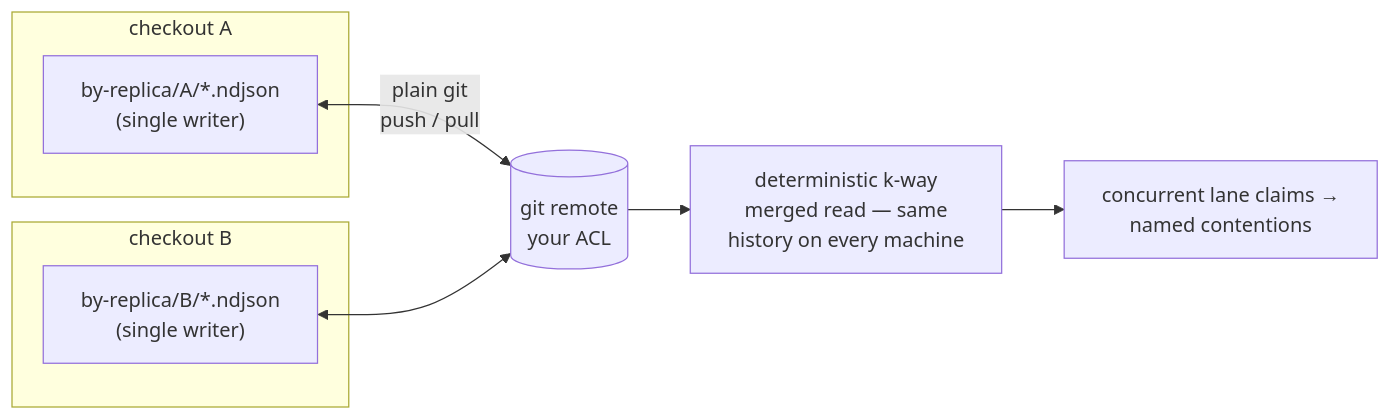
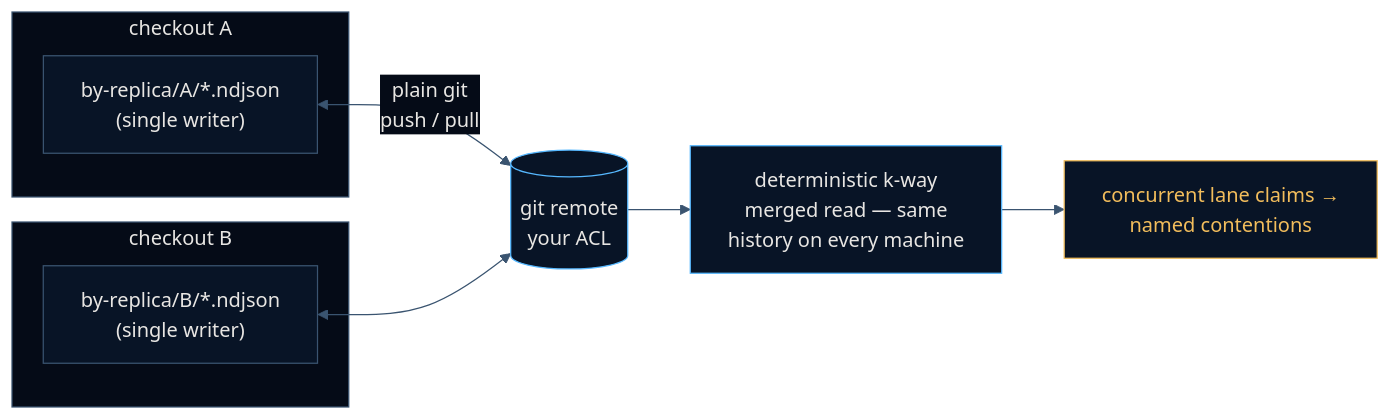
One commit to frdyx/maddu changed the third of 6 diagrams in README.md. Above: the diagram before and after it, drawn with Mermaid. The commit also changed other lines of this file, not shown here.

First line of the commit message:
docs(readme): navy-noir brand tokens on the use-case diagrams

````diff
--- a/README.md
+++ b/README.md
@@ -199,13 +213,18 @@
 ```mermaid
+%%{init: {"theme":"base","themeVariables":{"fontFamily":"IBM Plex Sans, Segoe UI, sans-serif","mainBkg":"#081426","nodeBorder":"#3A5470","lineColor":"#3A5470","textColor":"#E8E6E3","primaryTextColor":"#E8E6E3","edgeLabelBackground":"#050B17","clusterBkg":"#050B17","clusterBorder":"#3A5470","titleColor":"#E8E6E3"}}}%%
 flowchart LR
     subgraph A["checkout A"]
         SA["by-replica/A/*.ndjson<br/>(single writer)"]
     end
     subgraph B["checkout B"]
         SB["by-replica/B/*.ndjson<br/>(single writer)"]
     end
     SA <-->|"plain git<br/>push / pull"| R[("git remote<br/>your ACL")]
     SB <--> R
     R --> M["deterministic k-way<br/>merged read — same<br/>history on every machine"]
     M --> C["concurrent lane claims →<br/>named contentions"]
+    classDef spine fill:#081426,stroke:#56B8FF,color:#E8E6E3
+    classDef warn fill:#081426,stroke:#F2BD5C,color:#F2BD5C
+    class R,M spine
+    class C warn
 ```
````
